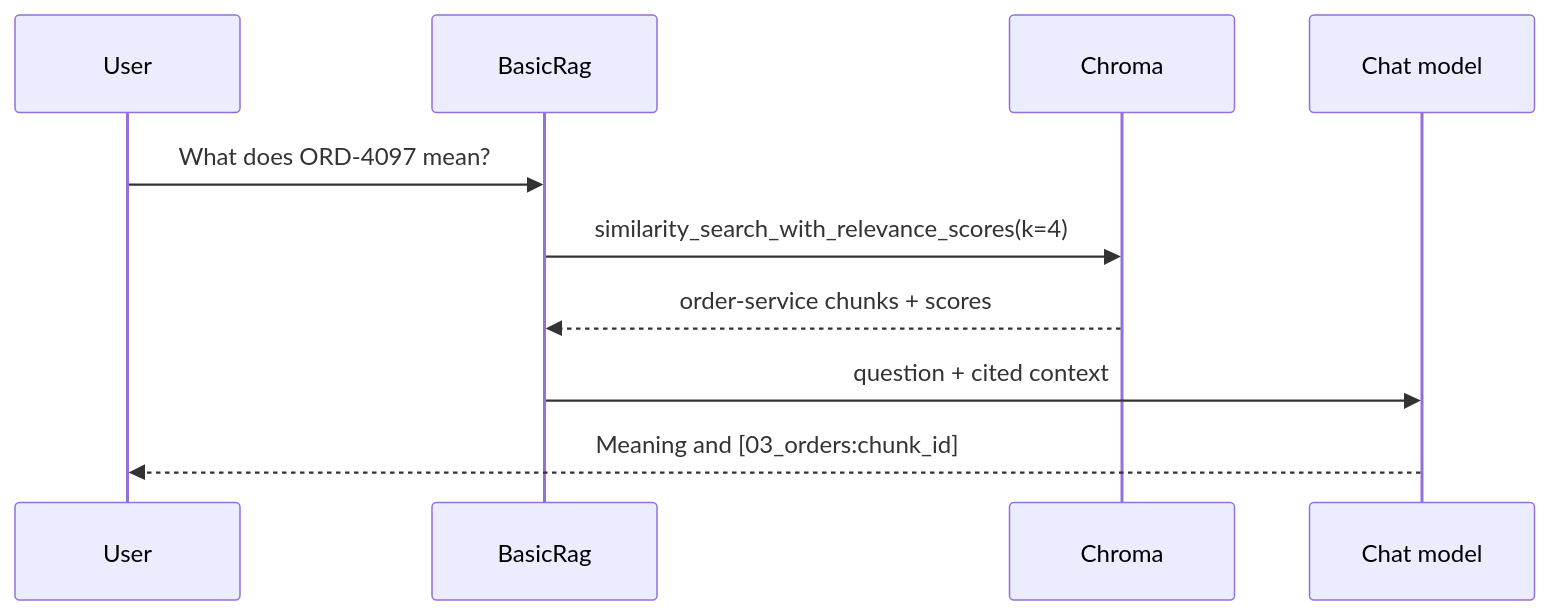
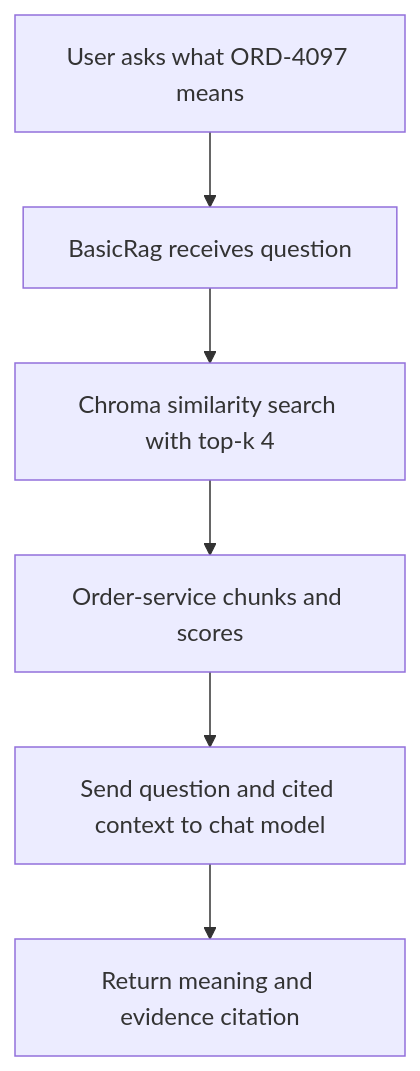
The second of 2 diagrams in src/rag_lab/labs/basic_rag/README.md (rajeswarandhandapani/rag-patterns-lab), drawn with Mermaid before and after one commit. The commit also changed other lines of this file and 10 other files, not shown here.

````diff
--- a/src/rag_lab/labs/basic_rag/README.md
+++ b/src/rag_lab/labs/basic_rag/README.md
@@ -19,12 +21,8 @@
 ```mermaid
-sequenceDiagram
-    participant U as User
-    participant R as BasicRag
-    participant V as Chroma
-    participant M as Chat model
-    U->>R: What does ORD-4097 mean?
-    R->>V: similarity_search_with_relevance_scores(k=4)
-    V-->>R: order-service chunks + scores
-    R->>M: question + cited context
-    M-->>U: Meaning and [03_orders:chunk_id]
+flowchart TD
+    U["User asks what ORD-4097 means"] --> R["BasicRag receives question"]
+    R --> V["Chroma similarity search with top-k 4"]
+    V --> C["Order-service chunks and scores"]
+    C --> M["Send question and cited context to chat model"]
+    M --> A["Return meaning and evidence citation"]
 ```
````
